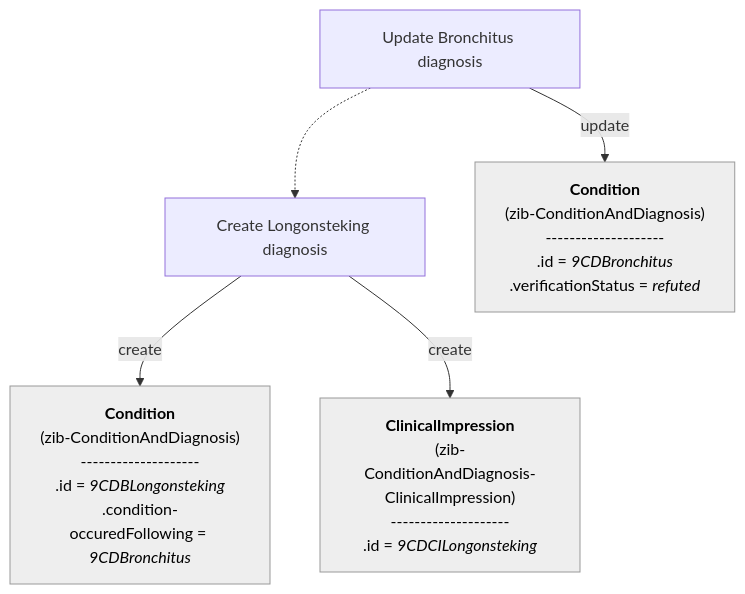
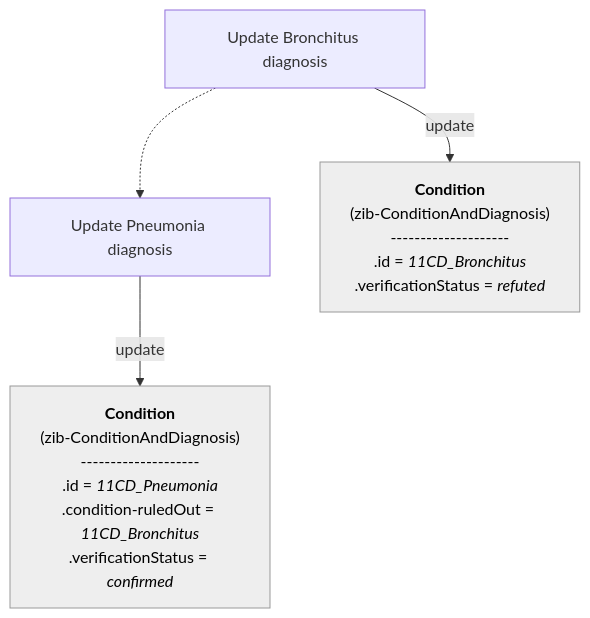
Before and after one commit to Nictiz/Nictiz-R4-zib2024: diagram 13 of 16 in documentation/Condition-Diagnosis-Symptom.md, drawn with Mermaid. The commit also changed other lines of this file, not shown here.

````diff
--- a/documentation/Condition-Diagnosis-Symptom.md
+++ b/documentation/Condition-Diagnosis-Symptom.md
@@ -467,39 +463,32 @@
 ```mermaid
 flowchart TB
 
 UpdateDiagnosis_A["`Update Bronchitus diagnosis`"]
-CreateDiagnosis_B["`Create Longonsteking diagnosis`"]
+UpdateDiagnosis_B["`Update Pneumonia diagnosis`"]
 
-UpdateDiagnosis_A -.-> CreateDiagnosis_B
+UpdateDiagnosis_A -.-> UpdateDiagnosis_B
 
     CD_Bronchitus["`
             **Condition**
             (zib-ConditionAndDiagnosis)
             --------------------
-            .id = _9CDBronchitus_
+            .id = _11CD_Bronchitus_
             .verificationStatus = _refuted_
         `"] 
-    CD_Longonsteking["`
+    CD_Pneumonia["`
             **Condition**
             (zib-ConditionAndDiagnosis)
             --------------------
-            .id = _9CDBLongonsteking_
-            .condition-occuredFollowing = _9CDBronchitus_
-        `"] 
-    CDCI_Longonsteking["`
-        **ClinicalImpression**
-        (zib-ConditionAndDiagnosis-ClinicalImpression)
-        --------------------
-        .id = _9CDCILongonsteking_
+            .id = _11CD_Pneumonia_
+            .condition-ruledOut = _11CD_Bronchitus_
+            .verificationStatus = _confirmed_
         `"] 
    
     CD_Bronchitus:::Ash
-    CD_Longonsteking:::Ash
-    CDCI_Longonsteking:::Ash
+    CD_Pneumonia:::Ash
     classDef Ash stroke-width:1px, stroke-dasharray:none, stroke:#999999, fill:#EEEEEE, color:#000000
 
 UpdateDiagnosis_A -- update --> CD_Bronchitus
-CreateDiagnosis_B -- create --> CD_Longonsteking
-CreateDiagnosis_B -- create --> CDCI_Longonsteking
+UpdateDiagnosis_B -- update --> CD_Pneumonia
 
 ```
````
